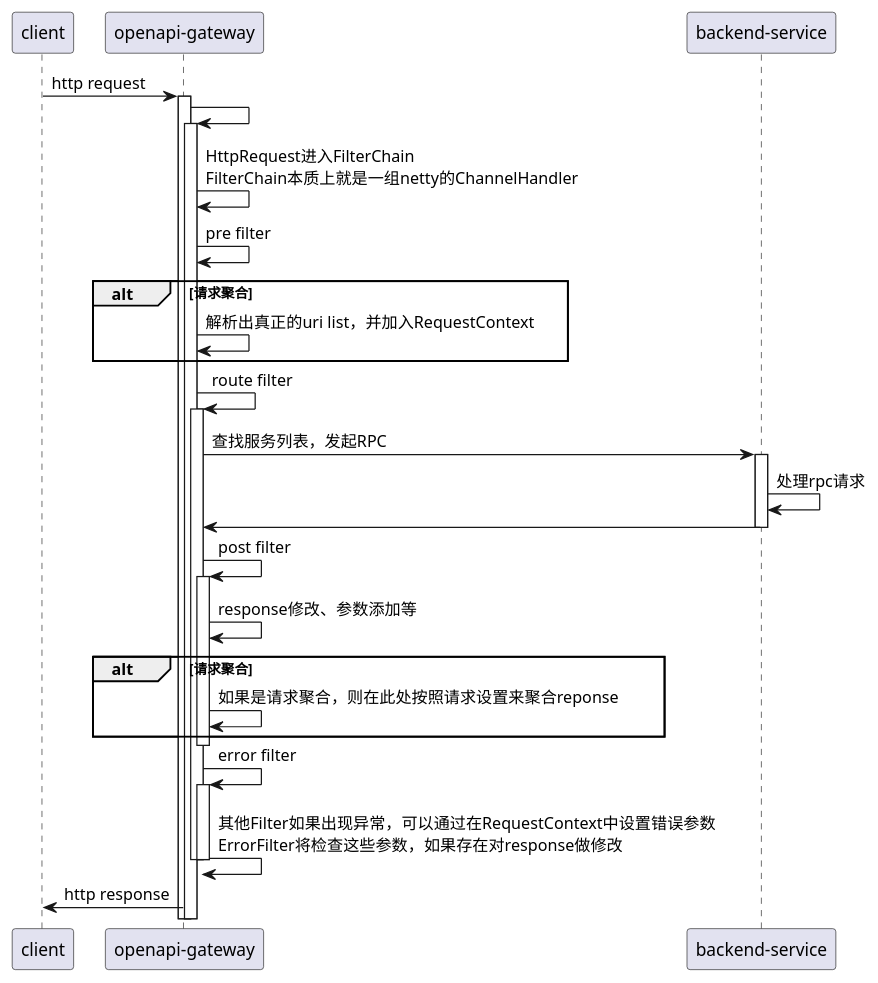
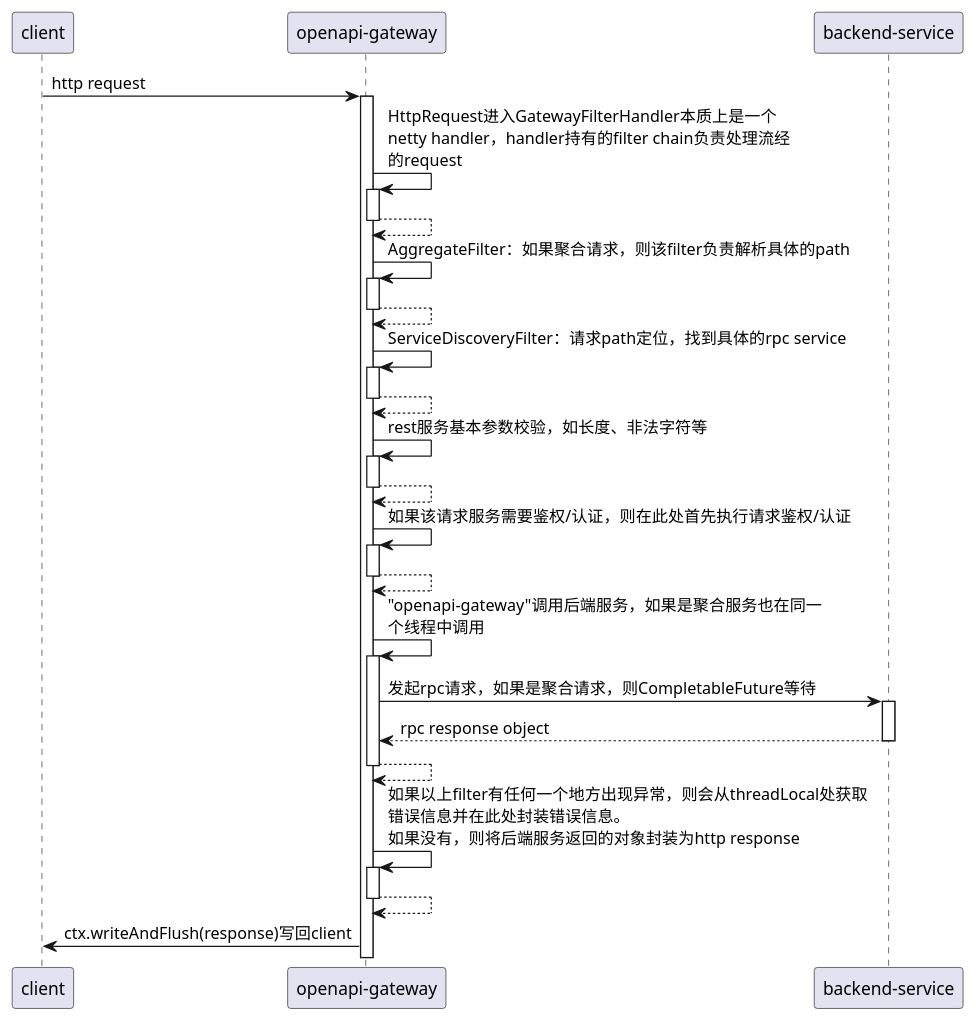
The diagram in doc/openapi.puml (jianbo2018/openapi-gateway), drawn with PlantUML before and after one commit. The commit also changed 1 other file, not shown here.

Commit message:
更新流程图

```diff
--- a/doc/openapi.puml
+++ b/doc/openapi.puml
@@ -1,46 +1,43 @@
 @startuml
 'https://plantuml.com/sequence-diagram
 'autonumber
 
 participant client
 participant "openapi-gateway" as server
 participant "backend-service" as backend
 
-client->server: http request
+client->server++: http request
 
-activate server
-    server->server++:
-'       进入FilterChian
-        server->server: HttpRequest进入FilterChain\nFilterChain本质上就是一组netty的ChannelHandler
+'进入FilterChain
+server->server++: HttpRequest进入GatewayFilterHandler本质上是一个\nnetty handler，handler持有的filter chain负责处理流经\n的request
+return
 
-'       PreFilter
-        server->server: pre filter
-            alt 请求聚合
-                server->server: 解析出真正的uri list，并加入RequestContext
-            end
+'聚合请求前置处理
+server->server++: AggregateFilter：如果聚合请求，则该filter负责解析具体的path
+return
 
-'       RouteFilter
-        server->server: route filter
-            activate server
-                server->backend++: 查找服务列表，发起RPC
-                    backend->backend:处理rpc请求
-                backend->server
-            deactivate
+'请求path定位
+server->server++: ServiceDiscoveryFilter：请求path定位，找到具体的rpc service
+return
 
-'       PostFilter
-        server->server: post filter
-            activate server
-                server->server: response修改、参数添加等
-                alt 请求聚合
-                    server->server: 如果是请求聚合，则在此处按照请求设置来聚合reponse
-                end
-            deactivate server
-'       ErrorFilter
-        server->server: error filter
-            activate server
-                server->server: 其他Filter如果出现异常，可以通过在RequestContext中设置错误参数\nErrorFilter将检查这些参数，如果存在对response做修改
-            deactivate
-deactivate server
-server->client: http response
+'参数校验
+server->server++: rest服务基本参数校验，如长度、非法字符等
+return
+
+'权限校验
+server->server++: 如果该请求服务需要鉴权/认证，则在此处首先执行请求鉴权/认证
+return
+
+'发起请求
+server->server++: "openapi-gateway"调用后端服务，如果是聚合服务也在同一\n个线程中调用
+server->backend++: 发起rpc请求，如果是聚合请求，则CompletableFuture等待
+return rpc response object
+return
+
+'生成HttpResponse
+server->server++: 如果以上filter有任何一个地方出现异常，则会从threadLocal处获取\n错误信息并在此处封装错误信息。\n如果没有，则将后端服务返回的对象封装为http response
+return
+
+server->client: ctx.writeAndFlush(response)写回client
 
 @enduml
```
